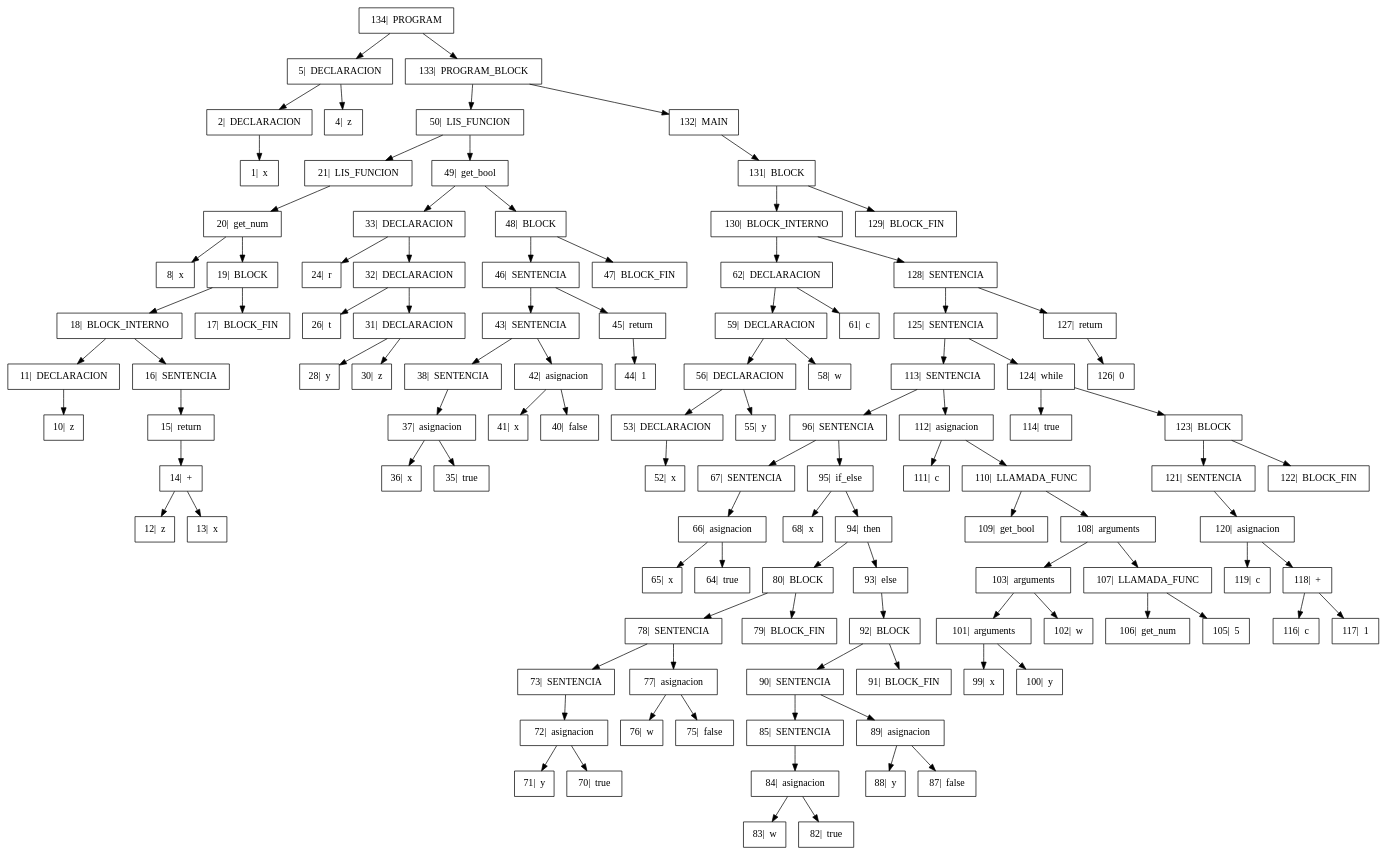
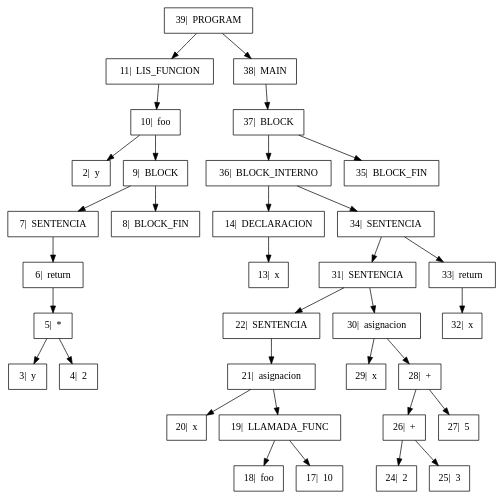
One commit to GiovA07/PRE-PROYECTO-COMPILADORES changed the diagram in Proyecto/output/Arbol.dot. Above: the diagram before and after it, drawn with Graphviz. The commit also changed 10 other files, not shown here.

```diff
--- a/Proyecto/output/Arbol.dot
+++ b/Proyecto/output/Arbol.dot
@@ -1,68 +1,26 @@
 digraph{
 
 rankdir=TB;
 
 node[shape=box];
-"134|  PROGRAM" -> "5|  DECLARACION", "133|  PROGRAM_BLOCK";
-"5|  DECLARACION" -> "2|  DECLARACION", "4|  z";
-"2|  DECLARACION" -> "1|  x" ;
-"133|  PROGRAM_BLOCK" -> "50|  LIS_FUNCION", "132|  MAIN";
-"50|  LIS_FUNCION" -> "21|  LIS_FUNCION", "49|  get_bool";
-"21|  LIS_FUNCION" -> "20|  get_num" ;
-"20|  get_num" -> "8|  x", "19|  BLOCK";
-"19|  BLOCK" -> "18|  BLOCK_INTERNO", "17|  BLOCK_FIN";
-"18|  BLOCK_INTERNO" -> "11|  DECLARACION", "16|  SENTENCIA";
-"11|  DECLARACION" -> "10|  z" ;
-"16|  SENTENCIA" -> "15|  return" ;
-"15|  return" -> "14|  +" ;
-"14|  +" -> "12|  z", "13|  x";
-"49|  get_bool" -> "33|  DECLARACION", "48|  BLOCK";
-"33|  DECLARACION" -> "24|  r", "32|  DECLARACION";
-"32|  DECLARACION" -> "26|  t", "31|  DECLARACION";
-"31|  DECLARACION" -> "28|  y", "30|  z";
-"48|  BLOCK" -> "46|  SENTENCIA", "47|  BLOCK_FIN";
-"46|  SENTENCIA" -> "43|  SENTENCIA", "45|  return";
-"43|  SENTENCIA" -> "38|  SENTENCIA", "42|  asignacion";
-"38|  SENTENCIA" -> "37|  asignacion" ;
-"37|  asignacion" -> "36|  x", "35|  true";
-"42|  asignacion" -> "41|  x", "40|  false";
-"45|  return" -> "44|  1" ;
-"132|  MAIN" -> "131|  BLOCK" ;
-"131|  BLOCK" -> "130|  BLOCK_INTERNO", "129|  BLOCK_FIN";
-"130|  BLOCK_INTERNO" -> "62|  DECLARACION", "128|  SENTENCIA";
-"62|  DECLARACION" -> "59|  DECLARACION", "61|  c";
-"59|  DECLARACION" -> "56|  DECLARACION", "58|  w";
-"56|  DECLARACION" -> "53|  DECLARACION", "55|  y";
-"53|  DECLARACION" -> "52|  x" ;
-"128|  SENTENCIA" -> "125|  SENTENCIA", "127|  return";
-"125|  SENTENCIA" -> "113|  SENTENCIA", "124|  while";
-"113|  SENTENCIA" -> "96|  SENTENCIA", "112|  asignacion";
-"96|  SENTENCIA" -> "67|  SENTENCIA", "95|  if_else";
-"67|  SENTENCIA" -> "66|  asignacion" ;
-"66|  asignacion" -> "65|  x", "64|  true";
-"95|  if_else" -> "68|  x", "94|  then";
-"94|  then" -> "80|  BLOCK", "93|  else";
-"80|  BLOCK" -> "78|  SENTENCIA", "79|  BLOCK_FIN";
-"78|  SENTENCIA" -> "73|  SENTENCIA", "77|  asignacion";
-"73|  SENTENCIA" -> "72|  asignacion" ;
-"72|  asignacion" -> "71|  y", "70|  true";
-"77|  asignacion" -> "76|  w", "75|  false";
-"93|  else" -> "92|  BLOCK" ;
-"92|  BLOCK" -> "90|  SENTENCIA", "91|  BLOCK_FIN";
-"90|  SENTENCIA" -> "85|  SENTENCIA", "89|  asignacion";
-"85|  SENTENCIA" -> "84|  asignacion" ;
-"84|  asignacion" -> "83|  w", "82|  true";
-"89|  asignacion" -> "88|  y", "87|  false";
-"112|  asignacion" -> "111|  c", "110|  LLAMADA_FUNC";
-"110|  LLAMADA_FUNC" -> "109|  get_bool", "108|  arguments";
-"108|  arguments" -> "103|  arguments", "107|  LLAMADA_FUNC";
-"103|  arguments" -> "101|  arguments", "102|  w";
-"101|  arguments" -> "99|  x", "100|  y";
-"107|  LLAMADA_FUNC" -> "106|  get_num", "105|  5";
-"124|  while" -> "114|  true", "123|  BLOCK";
-"123|  BLOCK" -> "121|  SENTENCIA", "122|  BLOCK_FIN";
-"121|  SENTENCIA" -> "120|  asignacion" ;
-"120|  asignacion" -> "119|  c", "118|  +";
-"118|  +" -> "116|  c", "117|  1";
-"127|  return" -> "126|  0" ;
+"39|  PROGRAM" -> "11|  LIS_FUNCION", "38|  MAIN";
+"11|  LIS_FUNCION" -> "10|  foo" ;
+"10|  foo" -> "2|  y", "9|  BLOCK";
+"9|  BLOCK" -> "7|  SENTENCIA", "8|  BLOCK_FIN";
+"7|  SENTENCIA" -> "6|  return" ;
+"6|  return" -> "5|  *" ;
+"5|  *" -> "3|  y", "4|  2";
+"38|  MAIN" -> "37|  BLOCK" ;
+"37|  BLOCK" -> "36|  BLOCK_INTERNO", "35|  BLOCK_FIN";
+"36|  BLOCK_INTERNO" -> "14|  DECLARACION", "34|  SENTENCIA";
+"14|  DECLARACION" -> "13|  x" ;
+"34|  SENTENCIA" -> "31|  SENTENCIA", "33|  return";
+"31|  SENTENCIA" -> "22|  SENTENCIA", "30|  asignacion";
+"22|  SENTENCIA" -> "21|  asignacion" ;
+"21|  asignacion" -> "20|  x", "19|  LLAMADA_FUNC";
+"19|  LLAMADA_FUNC" -> "18|  foo", "17|  10";
+"30|  asignacion" -> "29|  x", "28|  +";
+"28|  +" -> "26|  +", "27|  5";
+"26|  +" -> "24|  2", "25|  3";
+"33|  return" -> "32|  x" ;
 }
```
